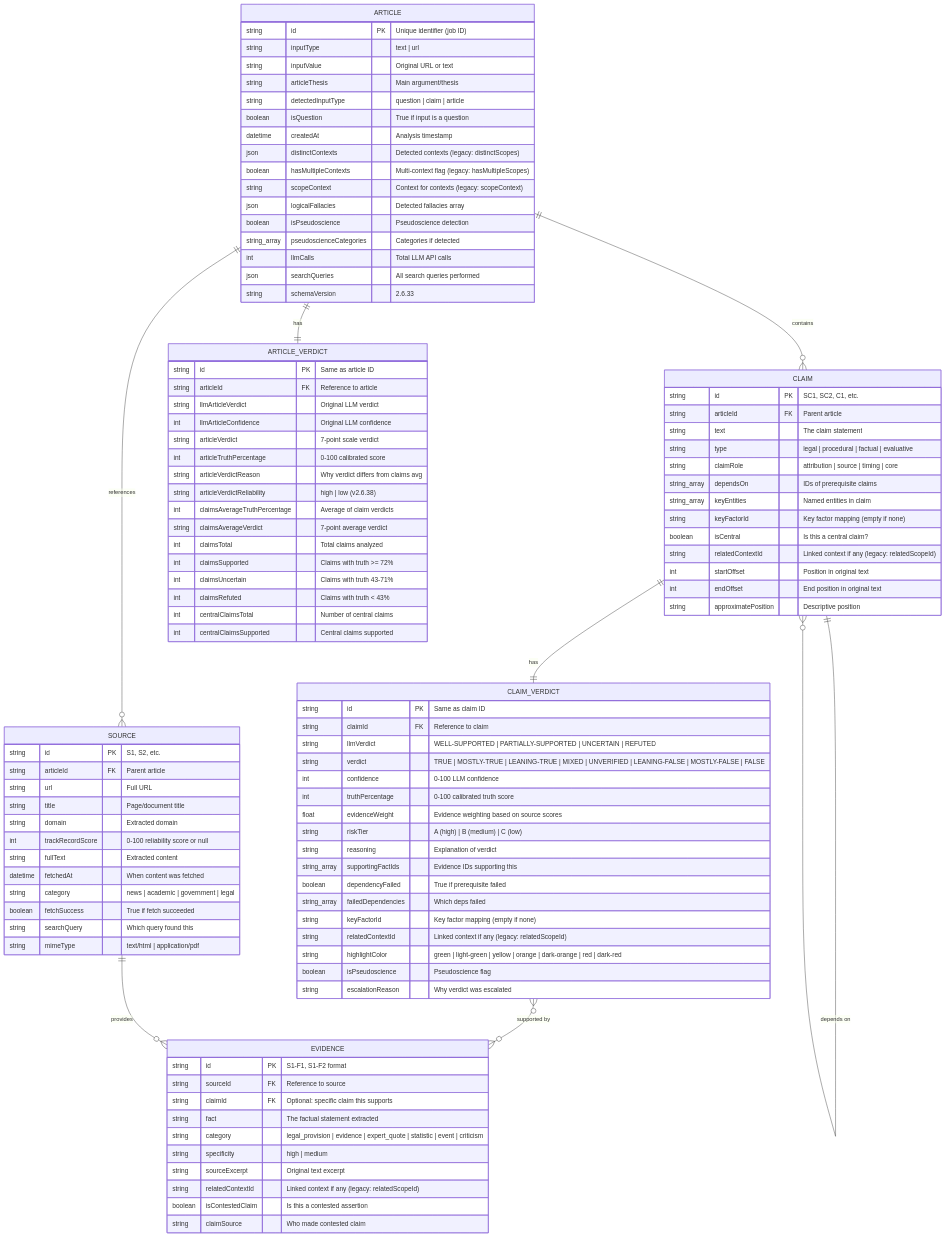
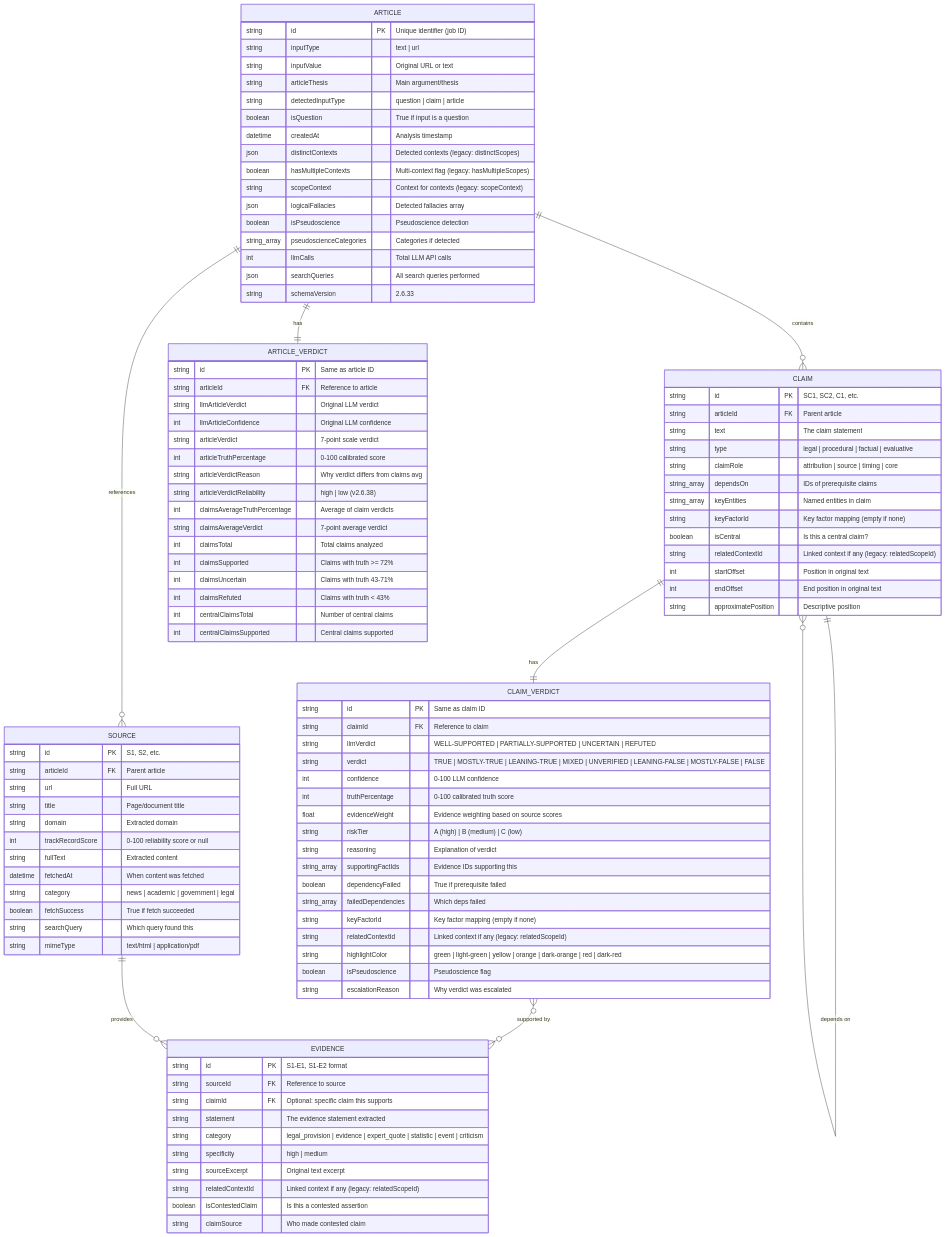
Before and after one commit to robertschaub/FactHarbor: the fourth of 8 diagrams in Docs/ARCHITECTURE/Overview.md, drawn with Mermaid. The commit also changed 44 other files, not shown here.

```diff
--- a/Docs/ARCHITECTURE/Overview.md
+++ b/Docs/ARCHITECTURE/Overview.md
@@ -335,10 +335,10 @@
     }
 
     EVIDENCE {
-        string id PK "S1-F1, S1-F2 format"
+        string id PK "S1-E1, S1-E2 format"
         string sourceId FK "Reference to source"
         string claimId FK "Optional: specific claim this supports"
-        string fact "The factual statement extracted"
+        string statement "The evidence statement extracted"
         string category "legal_provision | evidence | expert_quote | statistic | event | criticism"
         string specificity "high | medium"
         string sourceExcerpt "Original text excerpt"
```
